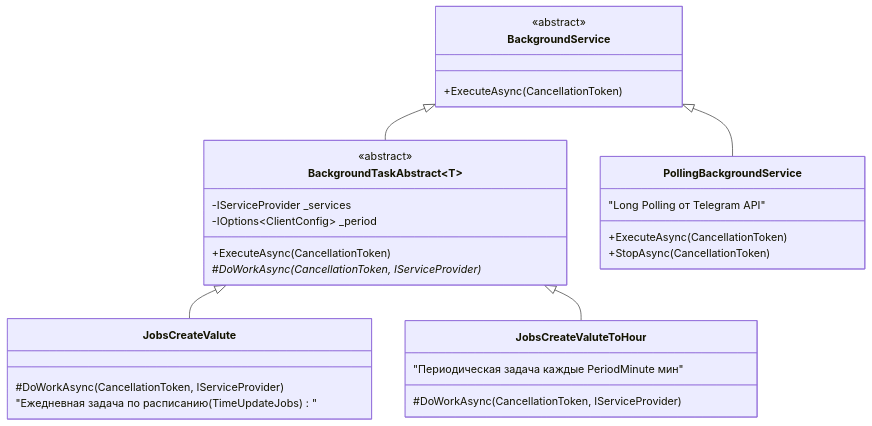
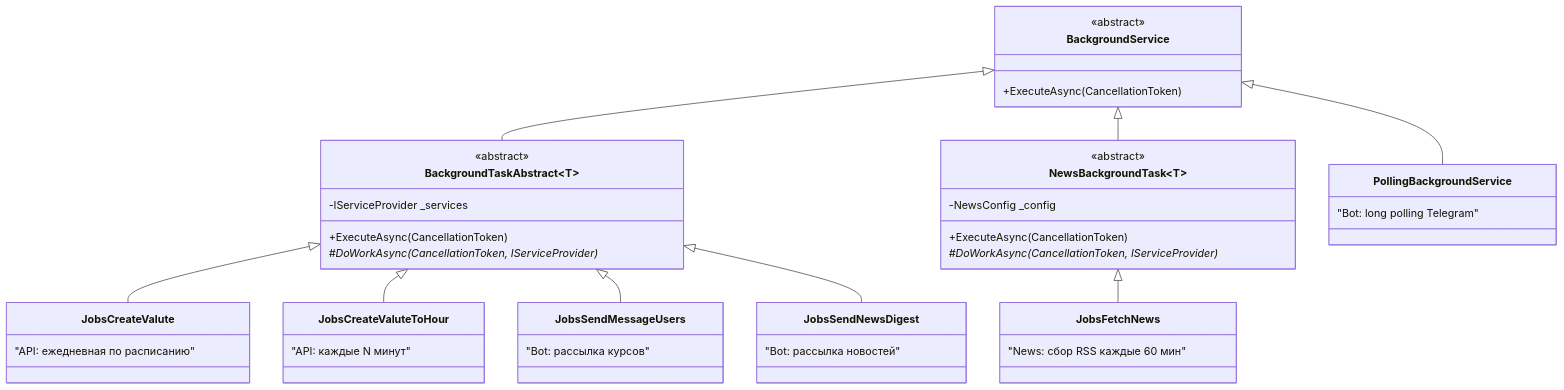
Before and after one commit to Jenausmax/ExchangeRates.Api: diagram 17 of 20 in doc/architecture.md, drawn with Mermaid. The commit also changed other lines of this file and 2 other files, not shown here.

````diff
--- a/doc/architecture.md
+++ b/doc/architecture.md
@@ -670,36 +845,49 @@
 ```mermaid
 classDiagram
     class BackgroundService {
         <<abstract>>
         +ExecuteAsync(CancellationToken)
     }
 
     class BackgroundTaskAbstract~T~ {
         <<abstract>>
         -IServiceProvider _services
-        -IOptions~ClientConfig~ _period
+        +ExecuteAsync(CancellationToken)
+        #DoWorkAsync(CancellationToken, IServiceProvider)*
+    }
+
+    class NewsBackgroundTask~T~ {
+        <<abstract>>
+        -NewsConfig _config
         +ExecuteAsync(CancellationToken)
         #DoWorkAsync(CancellationToken, IServiceProvider)*
     }
 
     class JobsCreateValute {
-        #DoWorkAsync(CancellationToken, IServiceProvider)
-        "Ежедневная задача по расписанию (TimeUpdateJobs)"
+        "API: ежедневная по расписанию"
     }
-
     class JobsCreateValuteToHour {
-        #DoWorkAsync(CancellationToken, IServiceProvider)
-        "Периодическая задача каждые PeriodMinute мин"
+        "API: каждые N минут"
     }
-
+    class JobsSendMessageUsers {
+        "Bot: рассылка курсов"
+    }
+    class JobsSendNewsDigest {
+        "Bot: рассылка новостей"
+    }
+    class JobsFetchNews {
+        "News: сбор RSS каждые 60 мин"
+    }
     class PollingBackgroundService {
-        +ExecuteAsync(CancellationToken)
-        +StopAsync(CancellationToken)
-        "Long Polling от Telegram API"
+        "Bot: long polling Telegram"
     }
 
     BackgroundService <|-- BackgroundTaskAbstract
+    BackgroundService <|-- NewsBackgroundTask
+    BackgroundService <|-- PollingBackgroundService
     BackgroundTaskAbstract <|-- JobsCreateValute
     BackgroundTaskAbstract <|-- JobsCreateValuteToHour
-    BackgroundService <|-- PollingBackgroundService
+    BackgroundTaskAbstract <|-- JobsSendMessageUsers
+    BackgroundTaskAbstract <|-- JobsSendNewsDigest
+    NewsBackgroundTask <|-- JobsFetchNews
 ```
````
